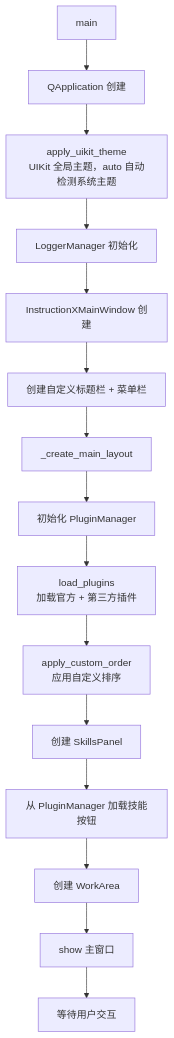
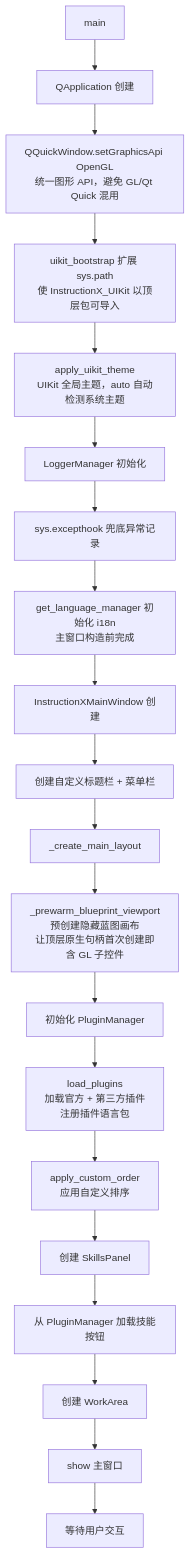
One commit to KKPIP-Tech/InstructionX changed the fourth of 4 diagrams in docs/architecture/overview.md. Above: the diagram before and after it, drawn with Mermaid. The commit also changed other lines of this file and 26 other files, not shown here.

````diff
--- a/docs/architecture/overview.md
+++ b/docs/architecture/overview.md
@@ -451,17 +519,22 @@
 ```mermaid
 flowchart TD
     A[main] --> B[QApplication 创建]
-    B --> C[apply_uikit_theme<br/>UIKit 全局主题，auto 自动检测系统主题]
+    B --> B1[QQuickWindow.setGraphicsApi OpenGL<br/>统一图形 API，避免 GL/Qt Quick 混用]
+    B1 --> B2[uikit_bootstrap 扩展 sys.path<br/>使 InstructionX_UIKit 以顶层包可导入]
+    B2 --> C[apply_uikit_theme<br/>UIKit 全局主题，auto 自动检测系统主题]
     C --> D[LoggerManager 初始化]
-    D --> E[InstructionXMainWindow 创建]
+    D --> D2[sys.excepthook 兜底异常记录]
+    D2 --> D3[get_language_manager 初始化 i18n<br/>主窗口构造前完成]
+    D3 --> E[InstructionXMainWindow 创建]
     E --> F[创建自定义标题栏 + 菜单栏]
     F --> G[_create_main_layout]
-    G --> G1[初始化 PluginManager]
-    G1 --> G2[load_plugins<br/>加载官方 + 第三方插件]
+    G --> G0[_prewarm_blueprint_viewport<br/>预创建隐藏蓝图画布<br/>让顶层原生句柄首次创建即含 GL 子控件]
+    G0 --> G1[初始化 PluginManager]
+    G1 --> G2[load_plugins<br/>加载官方 + 第三方插件<br/>注册插件语言包]
     G2 --> G3[apply_custom_order<br/>应用自定义排序]
     G3 --> H[创建 SkillsPanel]
     H --> I[从 PluginManager 加载技能按钮]
     I --> J[创建 WorkArea]
     J --> K[show 主窗口]
     K --> L[等待用户交互]
 ```
````
